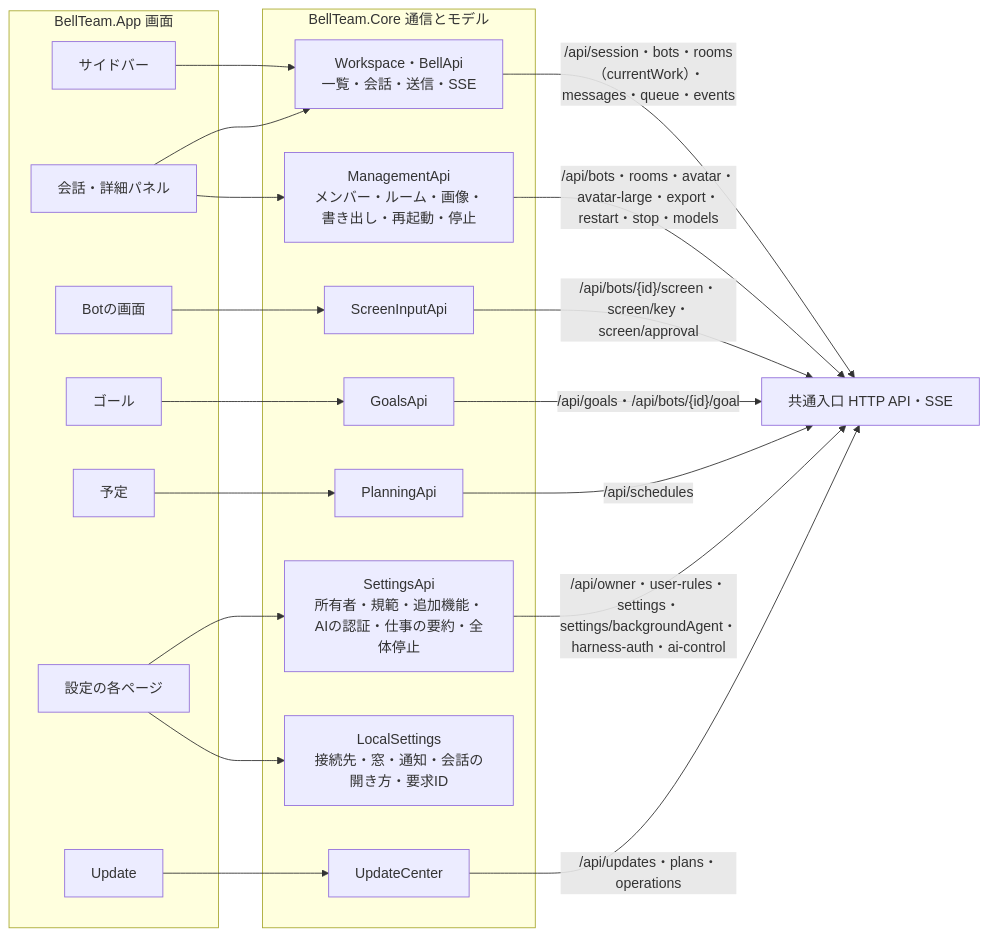
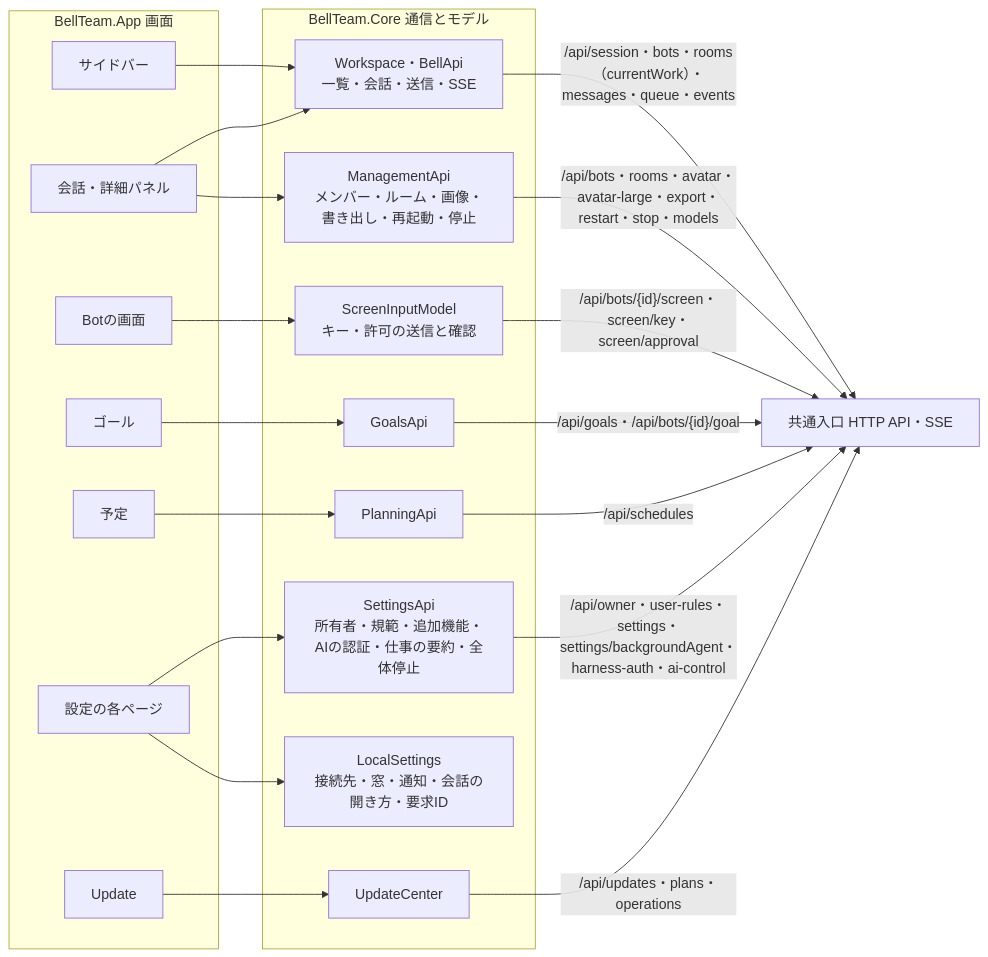
The third of 4 diagrams in docs/windows-architecture.md (kitepon/BellTeam), drawn with Mermaid before and after one commit. The commit also changed 20 other files, not shown here.

````diff
--- a/docs/windows-architecture.md
+++ b/docs/windows-architecture.md
@@ -55,38 +55,38 @@
 ```mermaid
 flowchart LR
   subgraph App[BellTeam.App 画面]
     A1[サイドバー]
     A2[会話・詳細パネル]
     A3[Botの画面]
     A4[ゴール]
     A5[予定]
     A6[設定の各ページ]
     A7[Update]
   end
   subgraph Core[BellTeam.Core 通信とモデル]
     C1[Workspace・BellApi<br/>一覧・会話・送信・SSE]
     C2[ManagementApi<br/>メンバー・ルーム・画像・書き出し・再起動・停止]
-    C3[ScreenInputApi]
+    C3[ScreenInputModel<br/>キー・許可の送信と確認]
     C4[GoalsApi]
     C5[PlanningApi]
     C6[SettingsApi<br/>所有者・規範・追加機能・AIの認証・仕事の要約・全体停止]
     C7[UpdateCenter]
     C8[LocalSettings<br/>接続先・窓・通知・会話の開き方・要求ID]
   end
   A1 --> C1
   A2 --> C1
   A2 --> C2
   A3 --> C3
   A4 --> C4
   A5 --> C5
   A6 --> C6
   A6 --> C8
   A7 --> C7
   C1 -->|"/api/session・bots・rooms（currentWork）・messages・queue・events"| API[共通入口 HTTP API・SSE]
   C2 -->|"/api/bots・rooms・avatar・avatar-large・export・restart・stop・models"| API
   C3 -->|"/api/bots/{id}/screen・screen/key・screen/approval"| API
   C4 -->|"/api/goals・/api/bots/{id}/goal"| API
   C5 -->|"/api/schedules"| API
   C6 -->|"/api/owner・user-rules・settings・settings/backgroundAgent・harness-auth・ai-control"| API
   C7 -->|"/api/updates・plans・operations"| API
 ```
````
